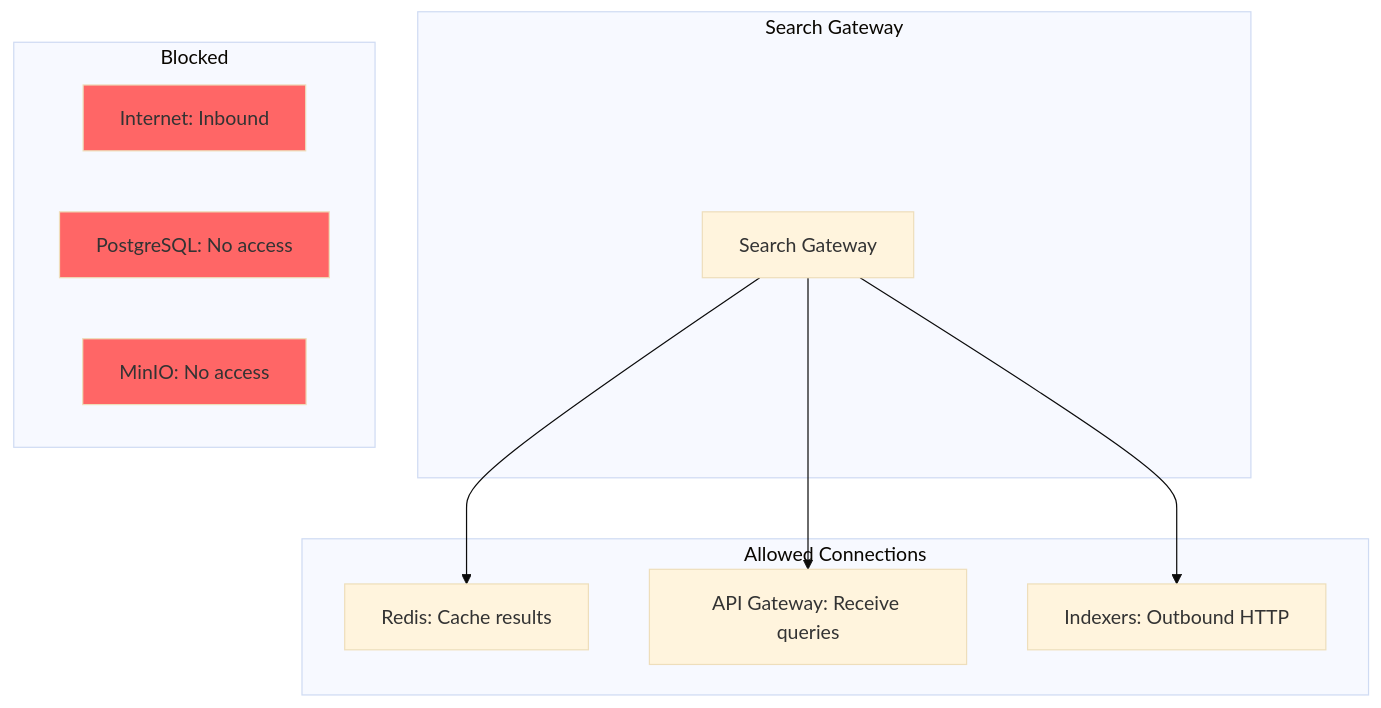
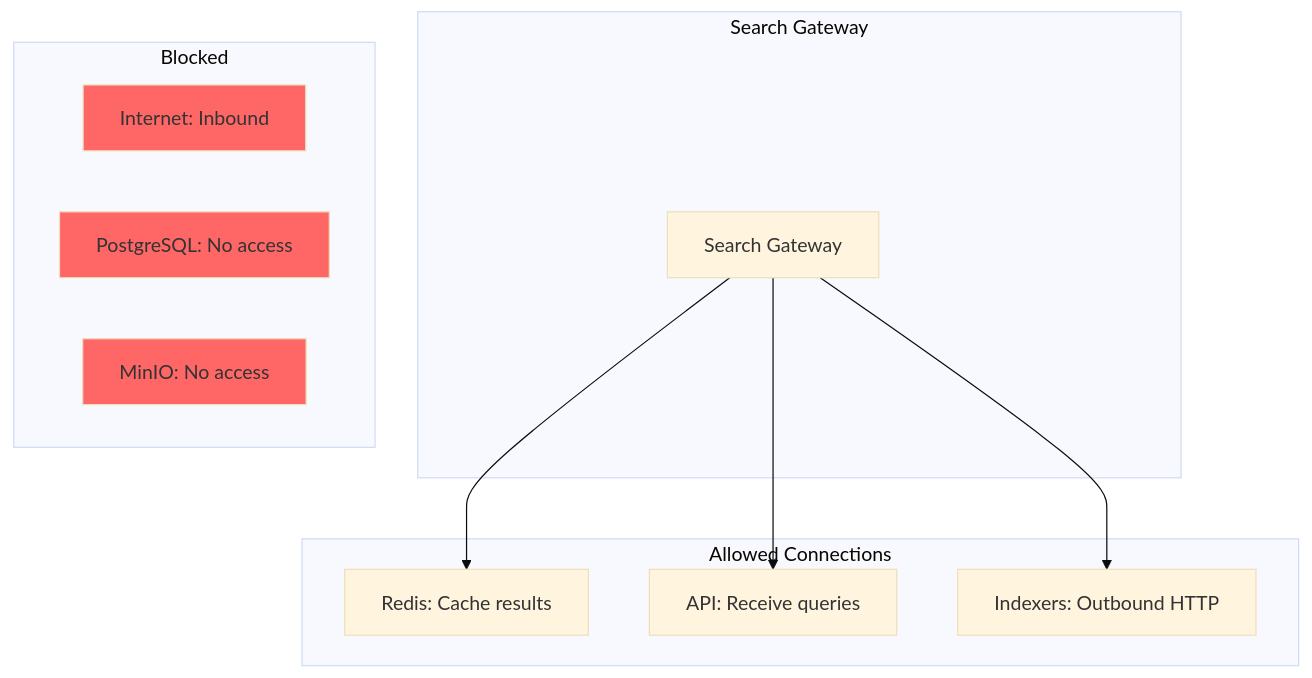
Before and after one commit to artumont/dotslashstream: the sixth of 11 diagrams in docs/services.md, drawn with Mermaid (base theme). The commit also changed other lines of this file and 3 other files, not shown here.

Commit message:
docs: change api-gateway refs to instead be api

````diff
--- a/docs/services.md
+++ b/docs/services.md
@@ -277,26 +277,26 @@
 ```mermaid
 graph TB
     subgraph "Search Gateway"
         Search[Search Gateway]
     end
     
     subgraph "Allowed Connections"
         A1[Redis: Cache results]
-        A2[API Gateway: Receive queries]
+        A2[API: Receive queries]
         A3[Indexers: Outbound HTTP]
     end
     
     subgraph "Blocked"
         B1[Internet: Inbound]
         B2[PostgreSQL: No access]
         B3[MinIO: No access]
     end
     
     Search --> A1
     Search --> A2
     Search --> A3
     
     style B1 fill:#ff6666
     style B2 fill:#ff6666
     style B3 fill:#ff6666
 ```
````
